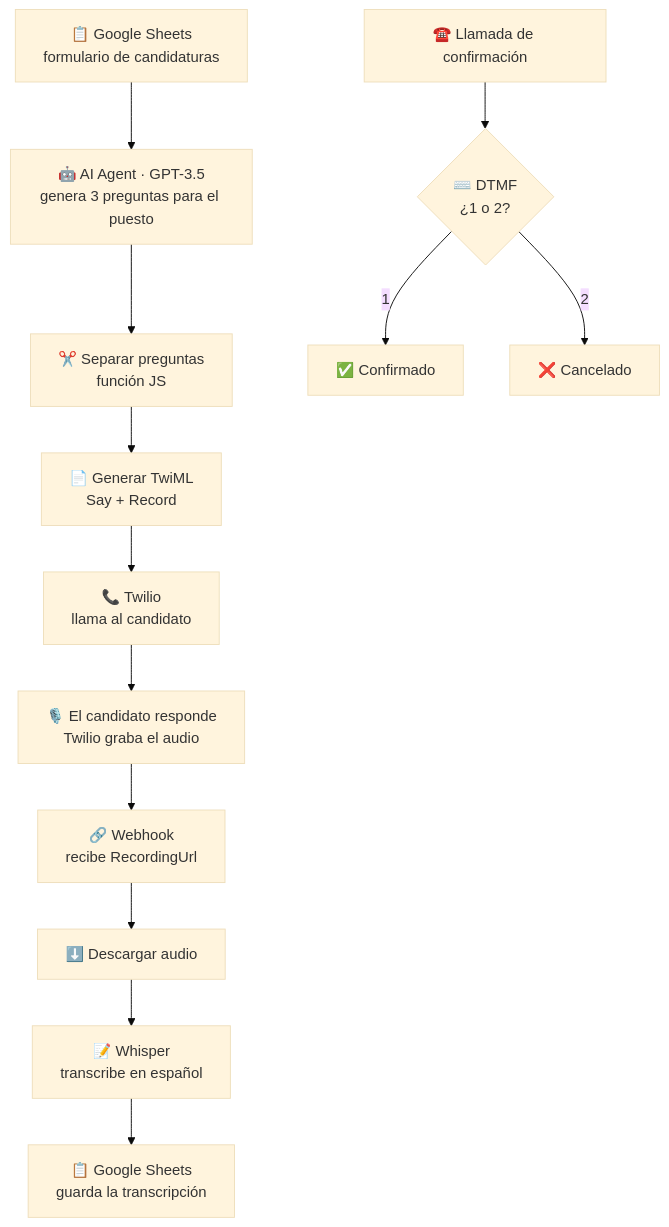
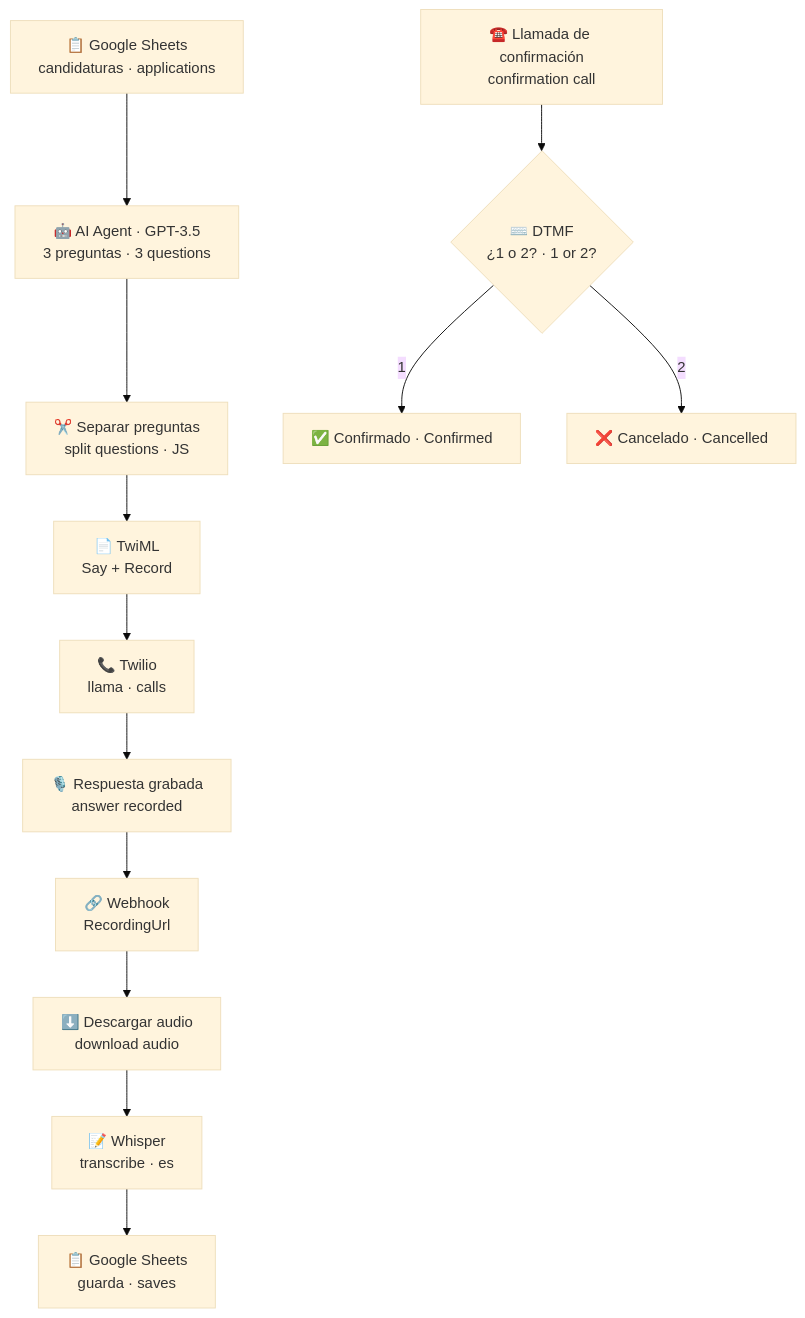
The diagram in README.md (thaisbrandao/ai-phone-interviewer), drawn with Mermaid (base theme) before and after one commit. The commit also changed other lines of this file, not shown here.

````diff
--- a/README.md
+++ b/README.md
@@ -34,16 +40,16 @@
 ```mermaid
 flowchart TD
-    A["📋 Google Sheets<br/>formulario de candidaturas"] --> B["🤖 AI Agent · GPT-3.5<br/>genera 3 preguntas para el puesto"]
-    B --> C["✂️ Separar preguntas<br/>función JS"]
-    C --> D["📄 Generar TwiML<br/>Say + Record"]
-    D --> E["📞 Twilio<br/>llama al candidato"]
-    E --> F["🎙️ El candidato responde<br/>Twilio graba el audio"]
-    F --> G["🔗 Webhook<br/>recibe RecordingUrl"]
-    G --> H["⬇️ Descargar audio"]
-    H --> I["📝 Whisper<br/>transcribe en español"]
-    I --> J["📋 Google Sheets<br/>guarda la transcripción"]
+    A["📋 Google Sheets<br/>candidaturas · applications"] --> B["🤖 AI Agent · GPT-3.5<br/>3 preguntas · 3 questions"]
+    B --> C["✂️ Separar preguntas<br/>split questions · JS"]
+    C --> D["📄 TwiML<br/>Say + Record"]
+    D --> E["📞 Twilio<br/>llama · calls"]
+    E --> F["🎙️ Respuesta grabada<br/>answer recorded"]
+    F --> G["🔗 Webhook<br/>RecordingUrl"]
+    G --> H["⬇️ Descargar audio<br/>download audio"]
+    H --> I["📝 Whisper<br/>transcribe · es"]
+    I --> J["📋 Google Sheets<br/>guarda · saves"]
 
-    K["☎️ Llamada de confirmación"] --> L{"⌨️ DTMF<br/>¿1 o 2?"}
-    L -->|1| M["✅ Confirmado"]
-    L -->|2| N["❌ Cancelado"]
+    K["☎️ Llamada de confirmación<br/>confirmation call"] --> L{"⌨️ DTMF<br/>¿1 o 2? · 1 or 2?"}
+    L -->|1| M["✅ Confirmado · Confirmed"]
+    L -->|2| N["❌ Cancelado · Cancelled"]
 ```
````
